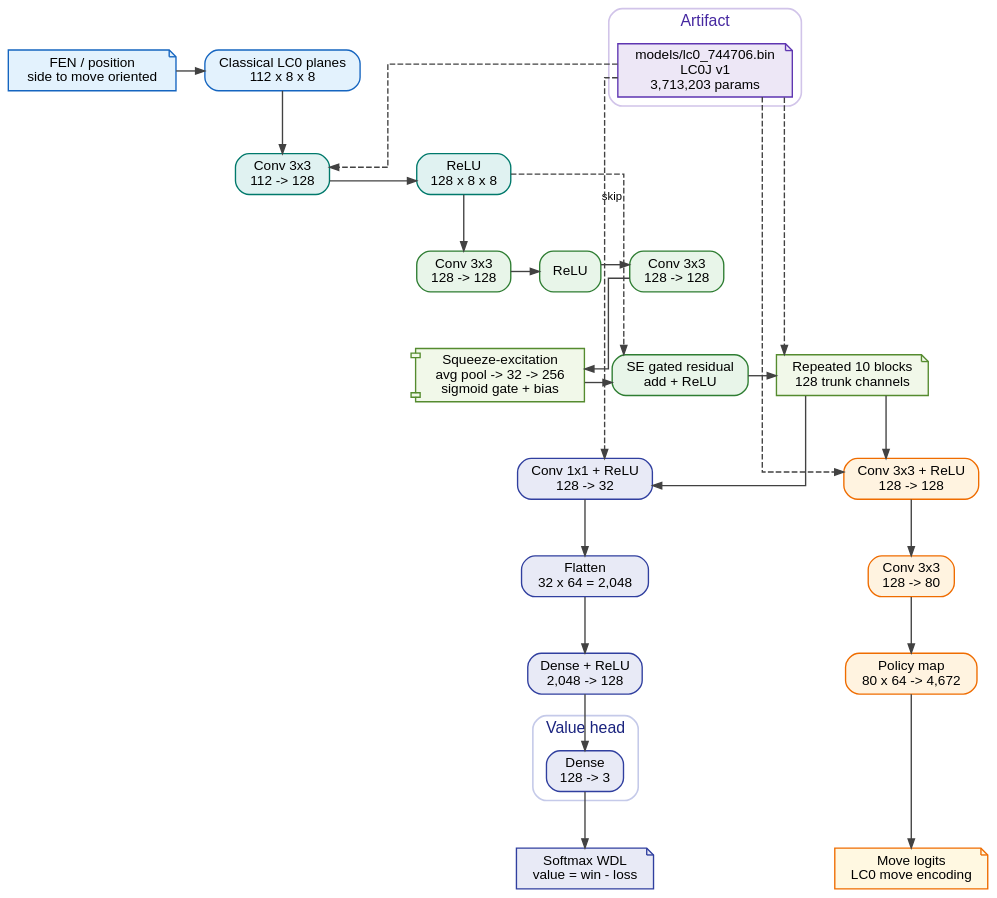
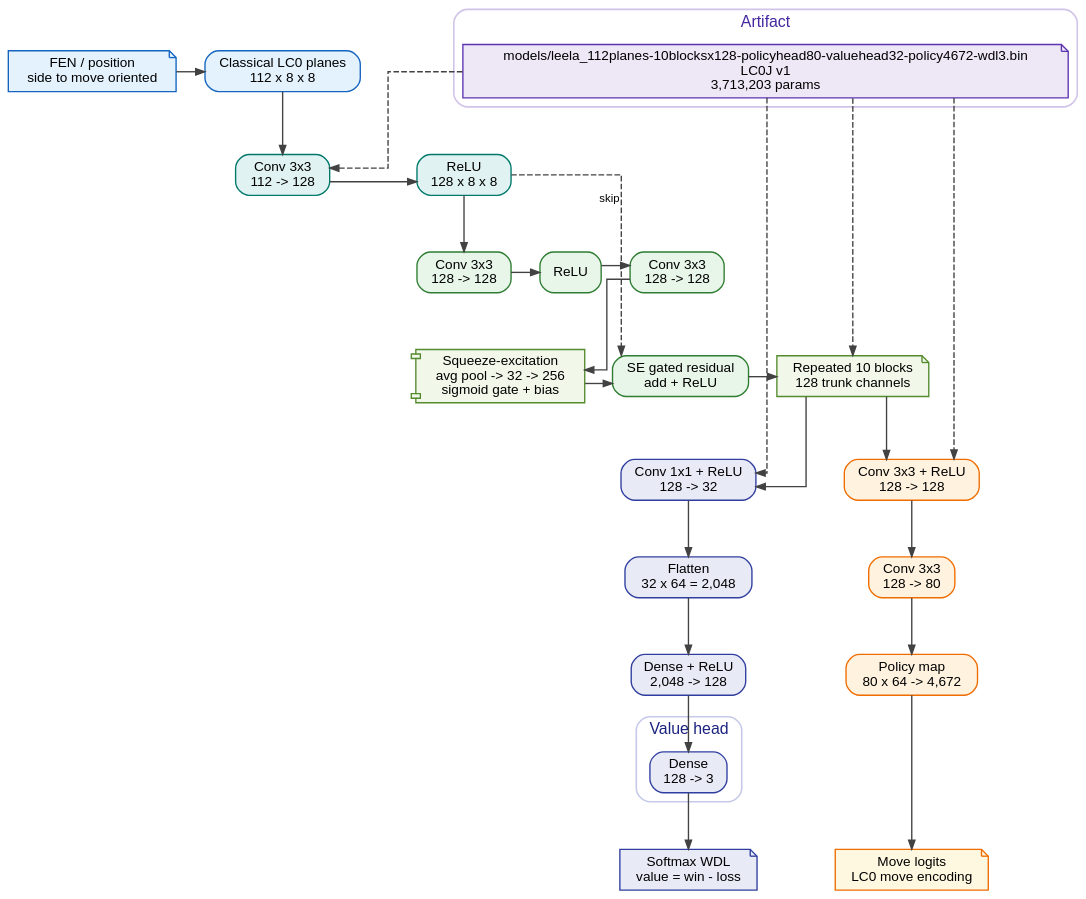
The diagram in assets/lc0-744706-architecture.dot (LenniAConrad/chess-models), drawn with Graphviz before and after one commit. The commit also changed 17 other files, not shown here.

```diff
--- a/assets/lc0-744706-architecture.dot
+++ b/assets/lc0-744706-architecture.dot
@@ -1,142 +1,142 @@
 /* LCZero #744706 architecture diagram.
  * Render:
  *   dot -Tsvg assets/lc0-744706-architecture.dot -o assets/lc0-744706-architecture.svg
  */
 digraph lc0_744706_architecture {
   rankdir=TB;
   bgcolor="transparent";
   splines=ortho;
   pad="0.20";
   nodesep="0.35";
   ranksep="0.70";
 
   graph [fontname="Helvetica", fontsize=14];
   node  [fontname="Helvetica", fontsize=12];
   edge  [fontname="Helvetica", fontsize=10, color="#424242", arrowsize=0.8, penwidth=1.2];
 
   subgraph cluster_input {
     label="Input encoding";
     style="rounded";
     color="#90CAF9";
     fontcolor="#0D47A1";
     penwidth=1.4;
 
     node [shape=note, style="filled", fillcolor="#E3F2FD", color="#1565C0", penwidth=1.2];
     position [label="FEN / position\nside to move oriented"];
 
     node [shape=box, style="rounded,filled", fillcolor="#E3F2FD", color="#1565C0", penwidth=1.2];
     planes [label="Classical LC0 planes\n112 x 8 x 8"];
   }
 
   subgraph cluster_stem {
     label="Stem";
     style="rounded";
     color="#B2DFDB";
     fontcolor="#004D40";
     penwidth=1.4;
 
     node [shape=box, style="rounded,filled", fillcolor="#E0F2F1", color="#00796B", penwidth=1.2];
     input_conv [label="Conv 3x3\n112 -> 128"];
     input_relu [label="ReLU\n128 x 8 x 8"];
   }
 
   subgraph cluster_tower {
     label="Residual tower";
     style="rounded";
     color="#A5D6A7";
     fontcolor="#1B5E20";
     penwidth=1.4;
 
     node [shape=box, style="rounded,filled", fillcolor="#E8F5E9", color="#2E7D32", penwidth=1.2];
     res_conv1 [label="Conv 3x3\n128 -> 128"];
     res_relu1 [label="ReLU"];
     res_conv2 [label="Conv 3x3\n128 -> 128"];
     res_add [label="SE gated residual\nadd + ReLU"];
 
     node [shape=component, style="filled", fillcolor="#F1F8E9", color="#558B2F", penwidth=1.2];
     se [label="Squeeze-excitation\navg pool -> 32 -> 256\nsigmoid gate + bias"];
 
     node [shape=note, style="filled", fillcolor="#F1F8E9", color="#558B2F", penwidth=1.2];
     repeat [label="Repeated 10 blocks\n128 trunk channels"];
   }
 
   subgraph cluster_policy {
     label="Policy head";
     style="rounded";
     color="#FFE082";
     fontcolor="#E65100";
     penwidth=1.4;
 
     node [shape=box, style="rounded,filled", fillcolor="#FFF3E0", color="#EF6C00", penwidth=1.2];
     policy_stem [label="Conv 3x3 + ReLU\n128 -> 128"];
     policy_out [label="Conv 3x3\n128 -> 80"];
     policy_map [label="Policy map\n80 x 64 -> 4,672"];
 
     node [shape=note, style="filled", fillcolor="#FFF8E1", color="#EF6C00", penwidth=1.2];
     policy_logits [label="Move logits\nLC0 move encoding"];
   }
 
   subgraph cluster_value {
     label="Value head";
     style="rounded";
     color="#C5CAE9";
     fontcolor="#1A237E";
     penwidth=1.4;
 
     node [shape=box, style="rounded,filled", fillcolor="#E8EAF6", color="#303F9F", penwidth=1.2];
     value_conv [label="Conv 1x1 + ReLU\n128 -> 32"];
     value_flat [label="Flatten\n32 x 64 = 2,048"];
     value_fc1 [label="Dense + ReLU\n2,048 -> 128"];
     value_fc2 [label="Dense\n128 -> 3"];
 
     node [shape=note, style="filled", fillcolor="#E8EAF6", color="#303F9F", penwidth=1.2];
     wdl [label="Softmax WDL\nvalue = win - loss"];
   }
 
   subgraph cluster_artifact {
     label="Artifact";
     style="rounded";
     color="#D1C4E9";
     fontcolor="#4527A0";
     penwidth=1.4;
 
     node [shape=note, style="filled", fillcolor="#EDE7F6", color="#5E35B1", penwidth=1.2];
-    weights [label="models/lc0_744706.bin\nLC0J v1\n3,713,203 params"];
+    weights [label="models/leela_112planes-10blocksx128-policyhead80-valuehead32-policy4672-wdl3.bin\nLC0J v1\n3,713,203 params"];
   }
 
   position -> planes;
   planes -> input_conv;
   input_conv -> input_relu;
   input_relu -> res_conv1;
   res_conv1 -> res_relu1;
   res_relu1 -> res_conv2;
   res_conv2 -> se;
   se -> res_add;
   input_relu -> res_add [style=dashed, xlabel="skip"];
   res_add -> repeat;
 
   repeat -> policy_stem;
   policy_stem -> policy_out;
   policy_out -> policy_map;
   policy_map -> policy_logits;
 
   repeat -> value_conv;
   value_conv -> value_flat;
   value_flat -> value_fc1;
   value_fc1 -> value_fc2;
   value_fc2 -> wdl;
 
   weights -> input_conv [style=dashed];
   weights -> repeat [style=dashed];
   weights -> policy_stem [style=dashed];
   weights -> value_conv [style=dashed];
 
   { rank=same; position; planes; }
   { rank=same; input_conv; input_relu; }
   { rank=same; res_conv1; res_relu1; res_conv2; }
   { rank=same; se; res_add; repeat; }
   { rank=same; policy_stem; value_conv; }
   { rank=same; policy_out; value_flat; }
   { rank=same; policy_map; value_fc1; }
   { rank=same; policy_logits; wdl; }
 }
```
